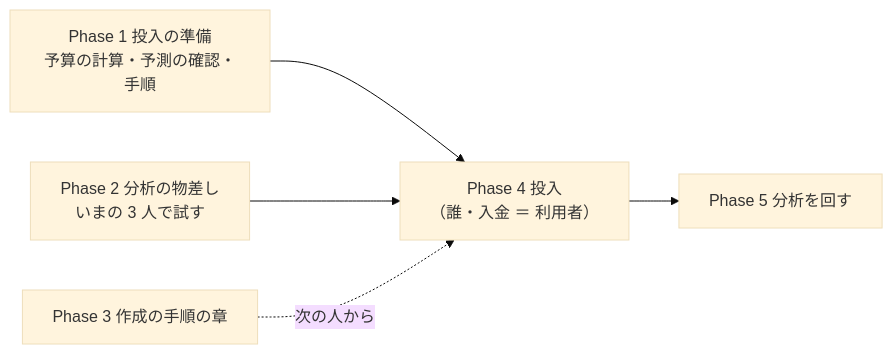
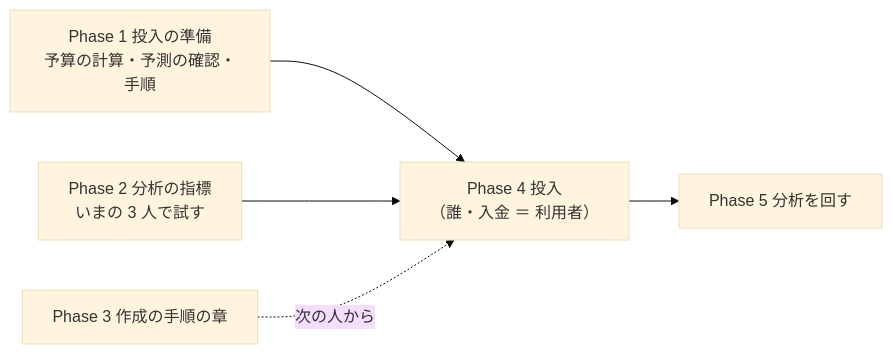
The diagram in docs/plans/trader-loop.md (akiraak/ai-income-lab), drawn with Mermaid (base theme) before and after one commit. The commit also changed other lines of this file and 45 other files, not shown here.

````diff
--- a/docs/plans/trader-loop.md
+++ b/docs/plans/trader-loop.md
@@ -17,7 +17,7 @@
 ```mermaid
 flowchart LR
   P1["Phase 1 投入の準備<br/>予算の計算・予測の確認・手順"] --> P4["Phase 4 投入<br/>（誰・入金 ＝ 利用者）"]
-  P2["Phase 2 分析の物差し<br/>いまの 3 人で試す"] --> P4
+  P2["Phase 2 分析の指標<br/>いまの 3 人で試す"] --> P4
   P4 --> P5["Phase 5 分析を回す"]
   P3["Phase 3 作成の手順の章"] -.->|"次の人から"| P4
 ```
````
